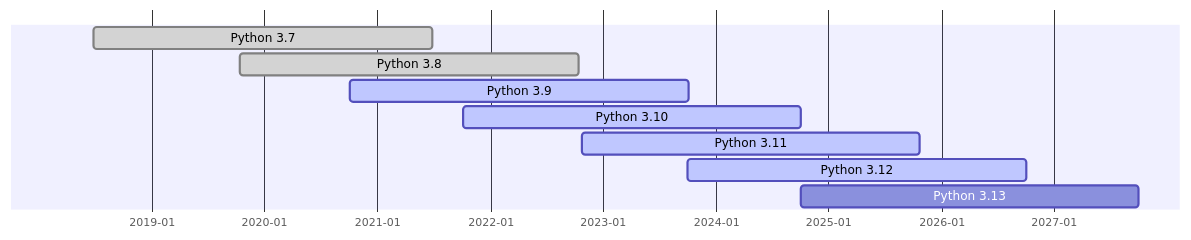
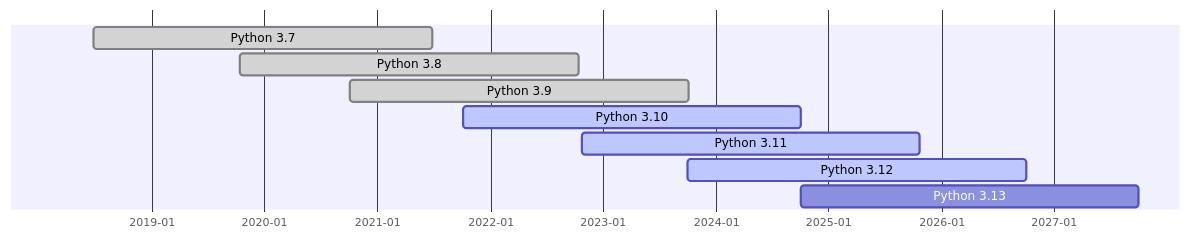
One commit to ansys/pyansys changed the diagram in doc/source/supported_versions.rst. Above: the diagram before and after it, drawn with Mermaid. The commit also changed other lines of this file and 4 other files, not shown here.

```diff
--- a/doc/source/supported_versions.rst
+++ b/doc/source/supported_versions.rst
@@ -20,15 +25,15 @@
 .. mermaid::
    :caption: Python versions supported by SPEC-0 policy (red line) and PyAnsys Python versions supported (color coded)
    :alt: Python versions supported by SPEC-0 policy (red line) and PyAnsys Python versions supported (color coded)
    :align: center
 
     gantt
         dateFormat YYYY-MM-DD
         axisFormat %Y-%m
         Python 3.7  :done,   des1, 2018-06-27, 3y
         Python 3.8  :done,   des2, 2019-10-14, 3y
-        Python 3.9  :active, des3, 2020-10-05, 3y
+        Python 3.9  :done,   des3, 2020-10-05, 3y
         Python 3.10 :active, des4, 2021-10-04, 3y
         Python 3.11 :active, des5, 2022-10-24, 3y
         Python 3.12 :active, des6, 2023-10-02, 3y
         Python 3.13 :        des7, 2024-10-01, 3y
```
